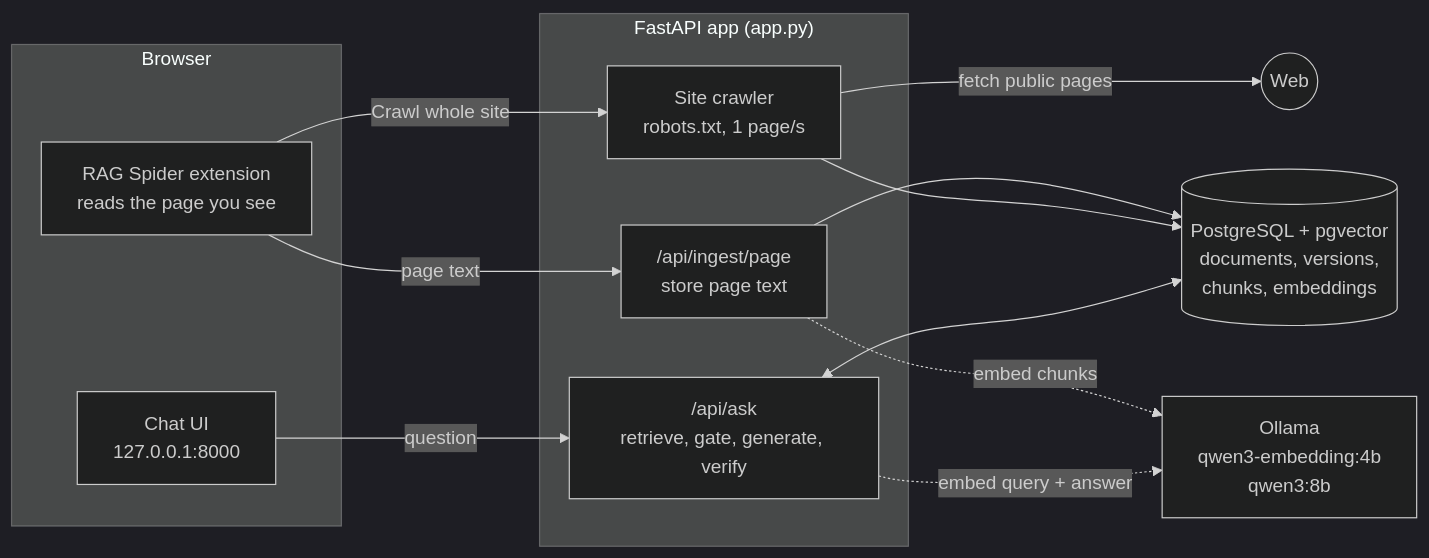
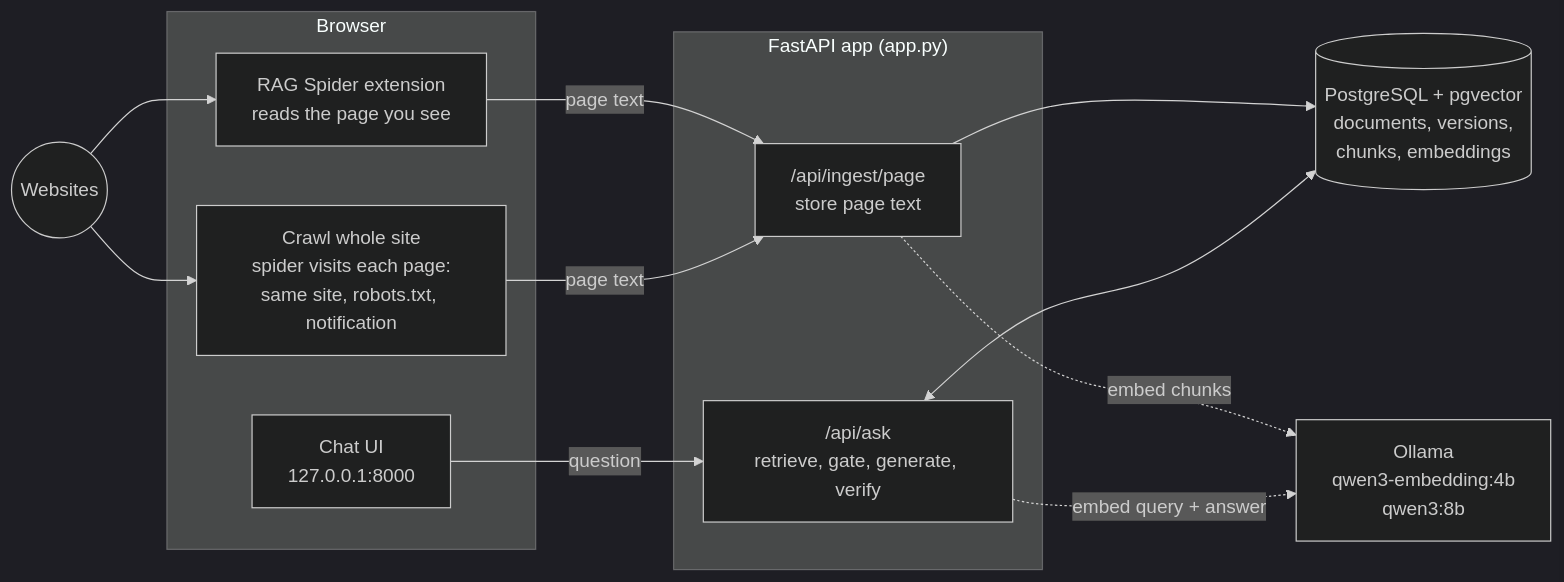
The diagram in README.md (Abulqosim0227/Ultimate-Web-Scraper), drawn with Mermaid (dark theme) before and after one commit. The commit also changed other lines of this file and 12 other files, not shown here.

First line of the commit message:
feat: spider crawls the whole site visibly in the tab and notifies when done

````diff
--- a/README.md
+++ b/README.md
@@ -61,24 +62,25 @@
 ```mermaid
 flowchart LR
+    WEB(("Websites"))
     subgraph Browser
         EXT["RAG Spider extension<br/>reads the page you see"]
+        CRAWL["Crawl whole site<br/>spider visits each page:<br/>same site, robots.txt, notification"]
         UI["Chat UI<br/>127.0.0.1:8000"]
     end
     subgraph Server["FastAPI app (app.py)"]
         SAVE["/api/ingest/page<br/>store page text"]
-        CRAWL["Site crawler<br/>robots.txt, 1 page/s"]
         ASK["/api/ask<br/>retrieve, gate, generate, verify"]
     end
     DB[("PostgreSQL + pgvector<br/>documents, versions,<br/>chunks, embeddings")]
     OLL["Ollama<br/>qwen3-embedding:4b<br/>qwen3:8b"]
 
+    WEB --> EXT
+    WEB --> CRAWL
     EXT -- "page text" --> SAVE
-    EXT -- "Crawl whole site" --> CRAWL
-    CRAWL -- "fetch public pages" --> WEB(("Web"))
+    CRAWL -- "page text" --> SAVE
     SAVE --> DB
-    CRAWL --> DB
     UI -- "question" --> ASK
     ASK <--> DB
     SAVE -. "embed chunks" .-> OLL
     ASK -. "embed query + answer" .-> OLL
 ```
````
